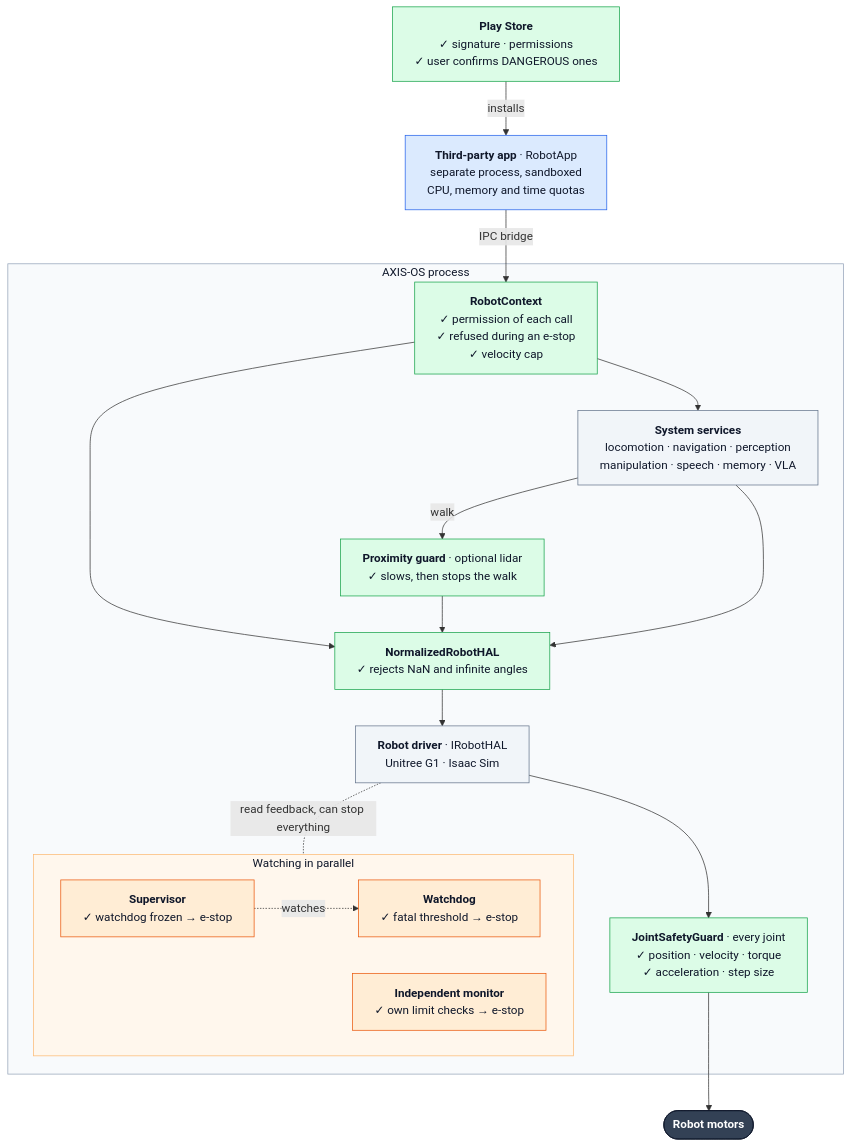
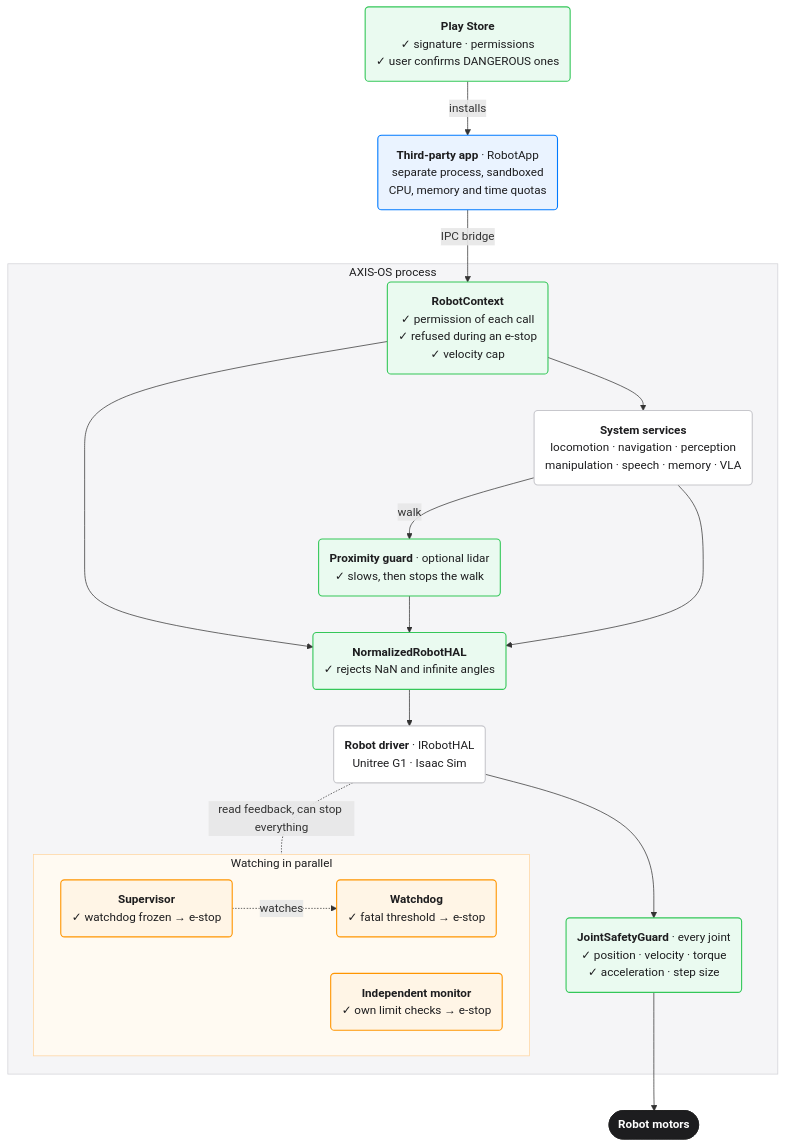
The diagram in README.md (OS-AXIS/AXIS-OS), drawn with Mermaid before and after one commit. The commit also changed 1 other file, not shown here.

Commit message:
Donne au schéma des couches un style inspiré d'Apple
Boîtes et cadres à coins arrondis, étiquettes des flèches en pastilles
blanches arrondies, couleurs douces d'iOS et police système d'Apple.
Les flèches ont un gris fixe pour rester visibles en mode sombre.
L'architecture, les boîtes et leur texte ne changent pas.

Claude-Session: https://claude.ai/code/session_01Kd65oQX59GQ8FeKBTHrWbn

````diff
--- a/README.md
+++ b/README.md
@@ -50,54 +50,56 @@
 ```mermaid
 ---
 config:
   layout: dagre
+  fontFamily: "-apple-system, BlinkMacSystemFont, 'SF Pro Text', 'Helvetica Neue', Helvetica, Arial, sans-serif"
   flowchart:
     wrappingWidth: 320
+  themeCSS: ".node rect, .cluster rect { rx: 14px; ry: 14px; } .edgeLabel foreignObject { overflow: visible; } .labelBkg { background: none; } .labelBkg .edgeLabel { display: inline-block; padding: 0 8px; border-radius: 999px; background: #ffffff; border: 1px solid #d2d2d7; color: #3a3a3c; } .labelBkg .edgeLabel p { background: none; margin: 0; } .labelBkg .edgeLabel:empty { display: none; } .flowchart-link { stroke: #8e8e93; stroke-width: 1.3px; } .marker { fill: #8e8e93; stroke: #8e8e93; }"
 ---
 flowchart TB
-    PS["<b>Play Store</b><br/>✓ signature · permissions<br/>✓ user confirms DANGEROUS ones"]
+    PS("<b>Play Store</b><br/>✓ signature · permissions<br/>✓ user confirms DANGEROUS ones")
 
-    A["<b>Third-party app</b> · RobotApp<br/>separate process, sandboxed<br/>CPU, memory and time quotas"]
+    A("<b>Third-party app</b> · RobotApp<br/>separate process, sandboxed<br/>CPU, memory and time quotas")
 
     subgraph OS["AXIS-OS process"]
-        CTX["<b>RobotContext</b><br/>✓ permission of each call<br/>✓ refused during an e-stop<br/>✓ velocity cap"]
-        SV["<b>System services</b><br/>locomotion · navigation · perception<br/>manipulation · speech · memory · VLA"]
-        G["<b>Proximity guard</b> · optional lidar<br/>✓ slows, then stops the walk"]
-        N["<b>NormalizedRobotHAL</b><br/>✓ rejects NaN and infinite angles"]
-        D["<b>Robot driver</b> · IRobotHAL<br/>Unitree G1 · Isaac Sim"]
-        J["<b>JointSafetyGuard</b> · every joint<br/>✓ position · velocity · torque<br/>✓ acceleration · step size"]
+        CTX("<b>RobotContext</b><br/>✓ permission of each call<br/>✓ refused during an e-stop<br/>✓ velocity cap")
+        SV("<b>System services</b><br/>locomotion · navigation · perception<br/>manipulation · speech · memory · VLA")
+        G("<b>Proximity guard</b> · optional lidar<br/>✓ slows, then stops the walk")
+        N("<b>NormalizedRobotHAL</b><br/>✓ rejects NaN and infinite angles")
+        D("<b>Robot driver</b> · IRobotHAL<br/>Unitree G1 · Isaac Sim")
+        J("<b>JointSafetyGuard</b> · every joint<br/>✓ position · velocity · torque<br/>✓ acceleration · step size")
         subgraph MON["Watching in parallel"]
-            W["<b>Watchdog</b><br/>✓ fatal threshold → e-stop"]
-            SU["<b>Supervisor</b><br/>✓ watchdog frozen → e-stop"]
-            IM["<b>Independent monitor</b><br/>✓ own limit checks → e-stop"]
+            W("<b>Watchdog</b><br/>✓ fatal threshold → e-stop")
+            SU("<b>Supervisor</b><br/>✓ watchdog frozen → e-stop")
+            IM("<b>Independent monitor</b><br/>✓ own limit checks → e-stop")
         end
     end
 
     R(["<b>Robot motors</b>"])
 
     PS -->|installs| A
     A -->|"IPC bridge"| CTX
     CTX --> SV
     CTX --> N
     SV -->|walk| G
     G --> N
     SV --> N
     N --> D
     D --> J
     J --> R
     SU -.->|watches| W
     D -.-|"read feedback, can stop everything"| MON
 
-    classDef app fill:#dbeafe,stroke:#2563eb,color:#0f172a
-    classDef check fill:#dcfce7,stroke:#16a34a,color:#0f172a
-    classDef watch fill:#ffedd5,stroke:#ea580c,color:#0f172a
-    classDef plain fill:#f1f5f9,stroke:#64748b,color:#0f172a
-    classDef motor fill:#334155,stroke:#0f172a,color:#ffffff
+    classDef app fill:#eaf3ff,stroke:#007aff,stroke-width:1.5px,color:#1d1d1f
+    classDef check fill:#eafaf0,stroke:#34c759,stroke-width:1.5px,color:#1d1d1f
+    classDef watch fill:#fff5e6,stroke:#ff9500,stroke-width:1.5px,color:#1d1d1f
+    classDef plain fill:#ffffff,stroke:#c7c7cc,stroke-width:1.5px,color:#1d1d1f
+    classDef motor fill:#1d1d1f,stroke:#1d1d1f,color:#ffffff
     class A app
     class PS,CTX,G,N,J check
     class W,SU,IM watch
     class SV,D plain
     class R motor
-    style OS fill:#f8fafc,stroke:#94a3b8,color:#0f172a
-    style MON fill:#fff7ed,stroke:#fdba74,color:#0f172a
+    style OS fill:#f5f5f7,stroke:#d2d2d7,color:#1d1d1f
+    style MON fill:#fffaf2,stroke:#ffd59e,color:#1d1d1f
 ```
````
